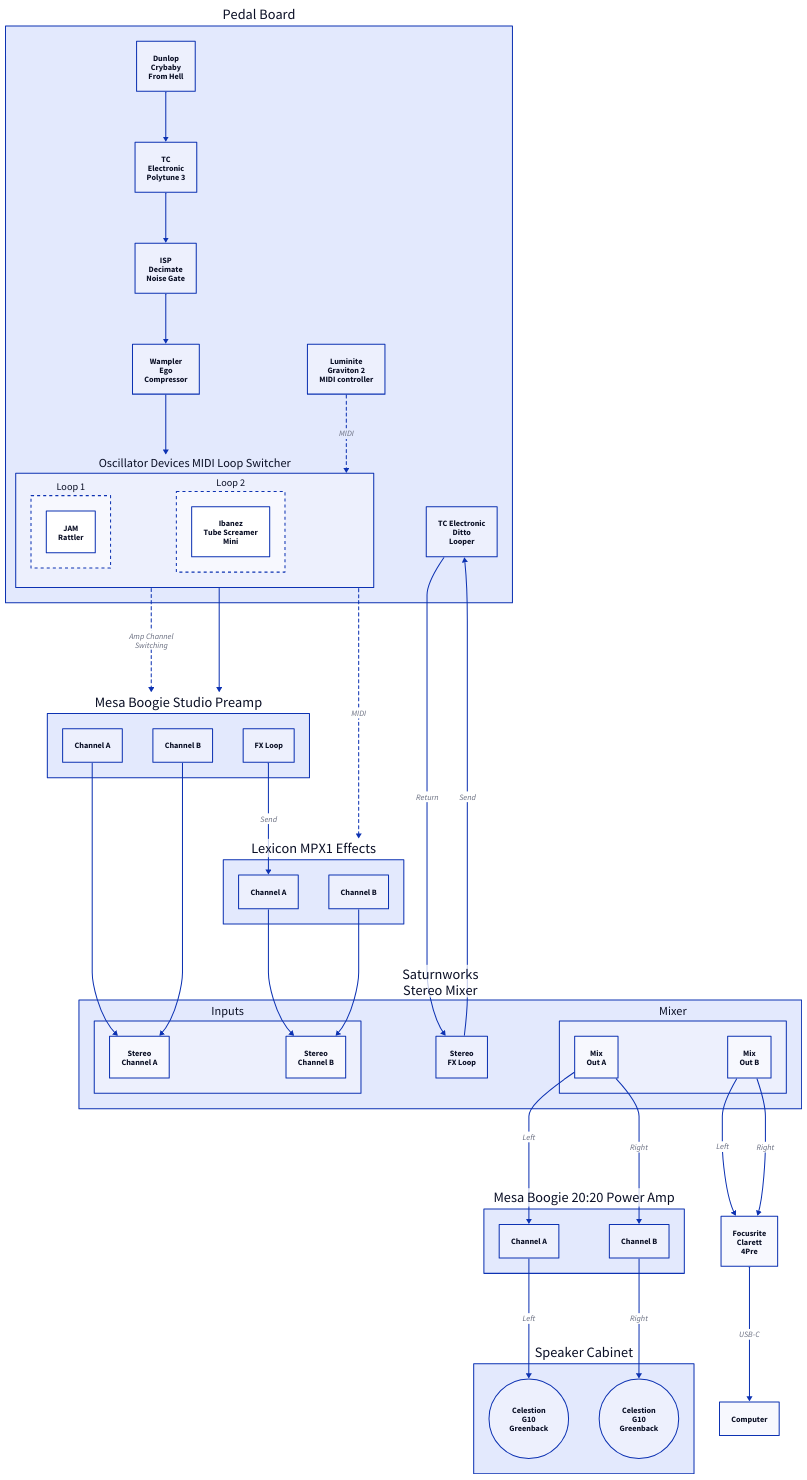
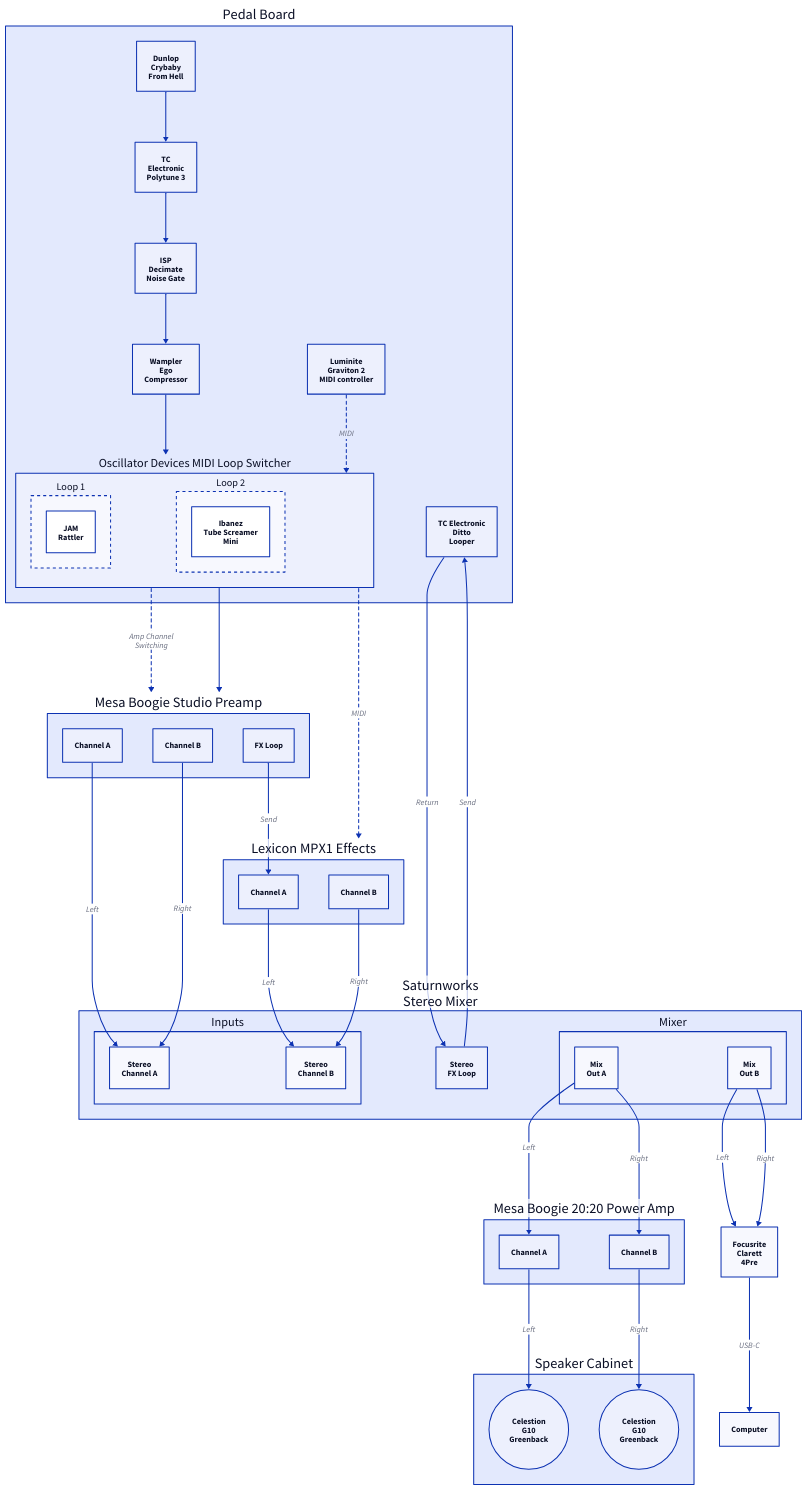
Before and after one commit to timvaillancourt/amp-diagrams: the diagram in amprack.d2, drawn with D2. The commit also changed 2 other files, not shown here.

```diff
--- a/amprack.d2
+++ b/amprack.d2
@@ -1,94 +1,94 @@
 pb: "Pedal Board" {
   cbfh: "Dunlop\nCrybaby\nFrom Hell" {}
   polytune3: "TC\nElectronic\nPolytune 3" {}
   ispdm: "ISP\nDecimate\nNoise Gate" {}
   wec: "Wampler\nEgo\nCompressor" {}
   mc: "Luminite\nGraviton 2\nMIDI controller" {}
   mls: "Oscillator Devices MIDI Loop Switcher" {
     1: "Loop 1" {
       style: {
         stroke-dash: 3
       }
       ts: "JAM\nRattler" {}
     }
     2: "Loop 2" {
       style: {
         stroke-dash: 3
       }
       ts: "Ibanez\nTube Screamer\nMini" {}
     }
   }
   cbfh -> polytune3 -> ispdm -> wec -> mls
   mc -> mls: "MIDI" {
     style: {
       stroke-dash: 3
     }
   }
   ditto: "TC Electronic\nDitto\nLooper" {}
 }
 
 msp: "Mesa Boogie Studio Preamp" {
   A: "Channel A" {}
   B: "Channel B" {}
   Loop: "FX Loop" {}
 }
 pb.mls -> msp: "Amp Channel\nSwitching" {
   style: {
     stroke-dash: 3
   }
 }
 pb.mls -> msp
 
 mixer: "Saturnworks\nStereo Mixer" {
   In: "Inputs" {
     A: "Stereo\nChannel A" {}
     B: "Stereo\nChannel B" {}
   }
   Loop: "Stereo\nFX Loop" {}
   Mix: "Mixer" {
     A: "Mix\nOut A" {}
     B: "Mix\nOut B" {}
   }
 }
-msp.A -> mixer.In.A
-msp.B -> mixer.In.A
+msp.A -> mixer.In.A: "Left"
+msp.B -> mixer.In.A: "Right"
 
 mpx1: "Lexicon MPX1 Effects" {
   A: "Channel A" {}
   B: "Channel B" {}
 }
 pb.mls -> mpx1: "MIDI" {
   style: {
     stroke-dash: 3
   }
 }
 msp.Loop -> mpx1.A: "Send" {}
-mpx1.A -> mixer.In.B
-mpx1.B -> mixer.In.B
+mpx1.A -> mixer.In.B: "Left"
+mpx1.B -> mixer.In.B: "Right"
 
 m2020: "Mesa Boogie 20:20 Power Amp" {
   A: "Channel A" {}
   B: "Channel B" {}
 }
 mixer.Mix.A -> m2020.A: "Left"
 mixer.Mix.A -> m2020.B: "Right"
 mixer.Loop -> pb.ditto: "Send"
 pb.ditto -> mixer.Loop: "Return"
 
 cab: "Speaker Cabinet" {
   A: "Celestion\nG10\nGreenback" {
     shape: "circle"
   }
   B: "Celestion\nG10\nGreenback" {
     shape: "circle"
   }
 }
 m2020.A -> cab.A: "Left"
 m2020.B -> cab.B: "Right"
 
 clarett: "Focusrite\nClarett\n4Pre" {}
 mixer.Mix.B -> clarett: "Left"
 mixer.Mix.B -> clarett: "Right"
 
 computer: "Computer"
 clarett -> computer: "USB-C"
```
